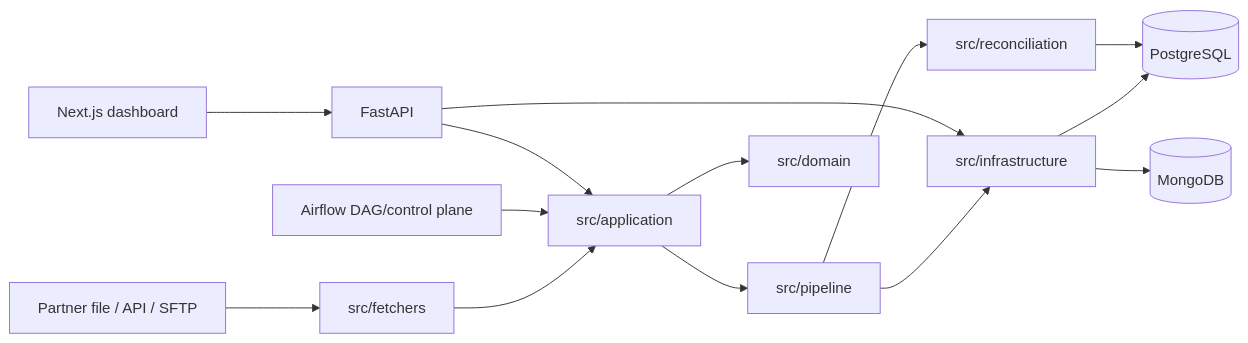
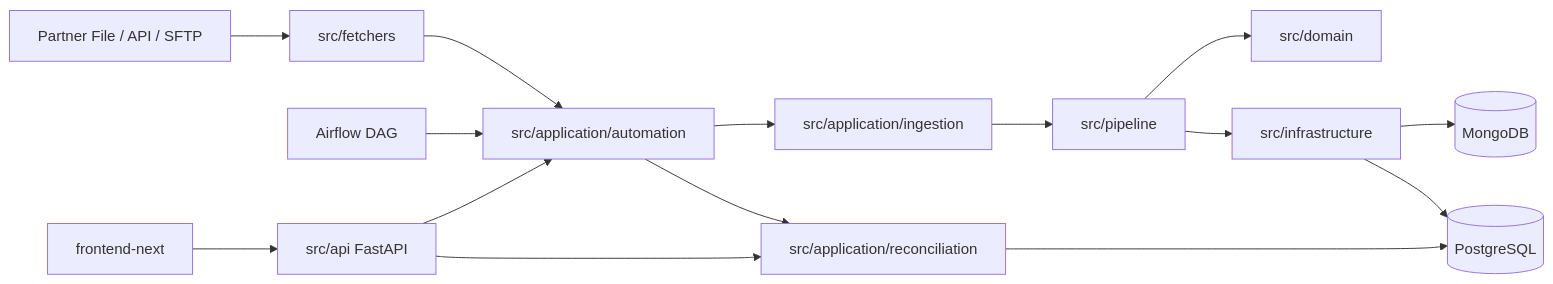
The diagram in README.md (kuokdavinci/ReconciliationIngestionPlatform), drawn with Mermaid before and after one commit. The commit also changed other lines of this file and 12 other files, not shown here.

````diff
--- a/README.md
+++ b/README.md
@@ -20,28 +20,17 @@
 ```mermaid
 flowchart LR
-    S[Partner file / API / SFTP]
-    F[src/fetchers]
-    AF[Airflow DAG/control plane]
-    P[src/pipeline]
-    A[src/application]
-    D[src/domain]
-    I[src/infrastructure]
-    PG[(PostgreSQL)]
-    MG[(MongoDB)]
-    R[src/reconciliation]
-    API[FastAPI]
-    UI[Next.js dashboard]
-
-    S --> F --> A
-    AF --> A
-    A --> P
-    P --> I
-    A --> D
-    I --> PG
-    I --> MG
-    P --> R
+    S[Partner File / API / SFTP] --> F[src/fetchers]
+    F --> O[src/application/automation]
+    AF[Airflow DAG] --> O
+    O --> U[src/application/ingestion]
+    U --> P[src/pipeline]
+    P --> D[src/domain]
+    P --> I[src/infrastructure]
+    I --> M[(MongoDB)]
+    I --> PG[(PostgreSQL)]
+    O --> R[src/application/reconciliation]
     R --> PG
-    API --> A
-    API --> I
-    UI --> API
+    API[src/api FastAPI] --> O
+    API --> R
+    UI[frontend-next] --> API
 ```
````
